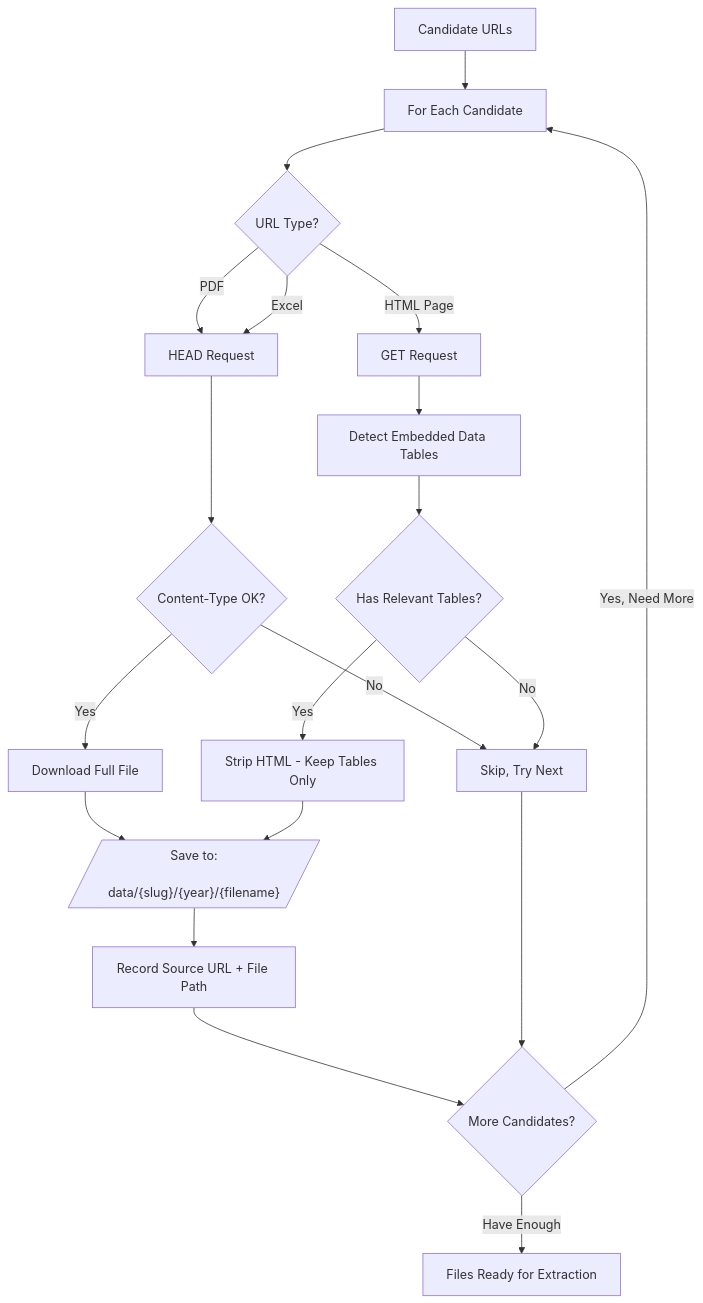
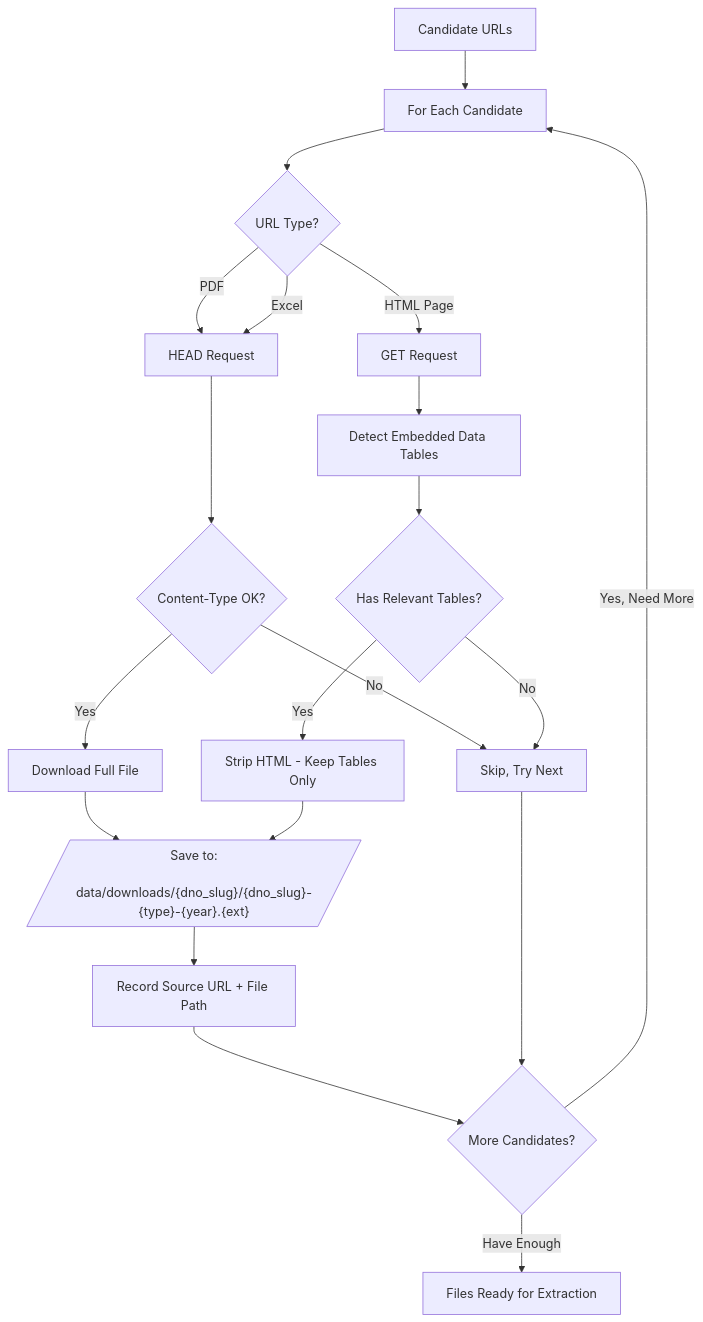
The sixth of 9 diagrams in backend/docs/FLOWCHART.md (KyleDerZweite/dno-crawler), drawn with Mermaid before and after one commit. The commit also changed other lines of this file and 22 other files, not shown here.

Commit message:
feat: Implement DNO crawlability detection via robots.txt and integrate new discovery service architecture.

````diff
--- a/backend/docs/FLOWCHART.md
+++ b/backend/docs/FLOWCHART.md
@@ -221,31 +221,31 @@
 ```mermaid
 flowchart TD
     CAND[Candidate URLs] --> LOOP[For Each Candidate]
     
     LOOP --> TYPE{URL Type?}
     
     TYPE --> |"PDF"| HEAD[HEAD Request]
     TYPE --> |"Excel"| HEAD
     TYPE --> |"HTML Page"| GET_HTML[GET Request]
     
     HEAD --> VERIFY{Content-Type OK?}
     VERIFY --> |"Yes"| DOWNLOAD[Download Full File]
     VERIFY --> |"No"| SKIP[Skip, Try Next]
     
     GET_HTML --> DETECT[Detect Embedded Data Tables]
     DETECT --> HAS_DATA{Has Relevant Tables?}
     HAS_DATA --> |"Yes"| STRIP[Strip HTML - Keep Tables Only]
     HAS_DATA --> |"No"| SKIP
     
     DOWNLOAD --> SAVE[/"Save to:
-    data/{slug}/{year}/{filename}"/]
+    data/downloads/{dno_slug}/{dno_slug}-{type}-{year}.{ext}"/]
     STRIP --> SAVE
     
     SAVE --> RECORD[Record Source URL + File Path]
     RECORD --> NEXT{More Candidates?}
     
     NEXT --> |"Yes, Need More"| LOOP
     NEXT --> |"Have Enough"| DONE[Files Ready for Extraction]
     
     SKIP --> NEXT
 ```
````
